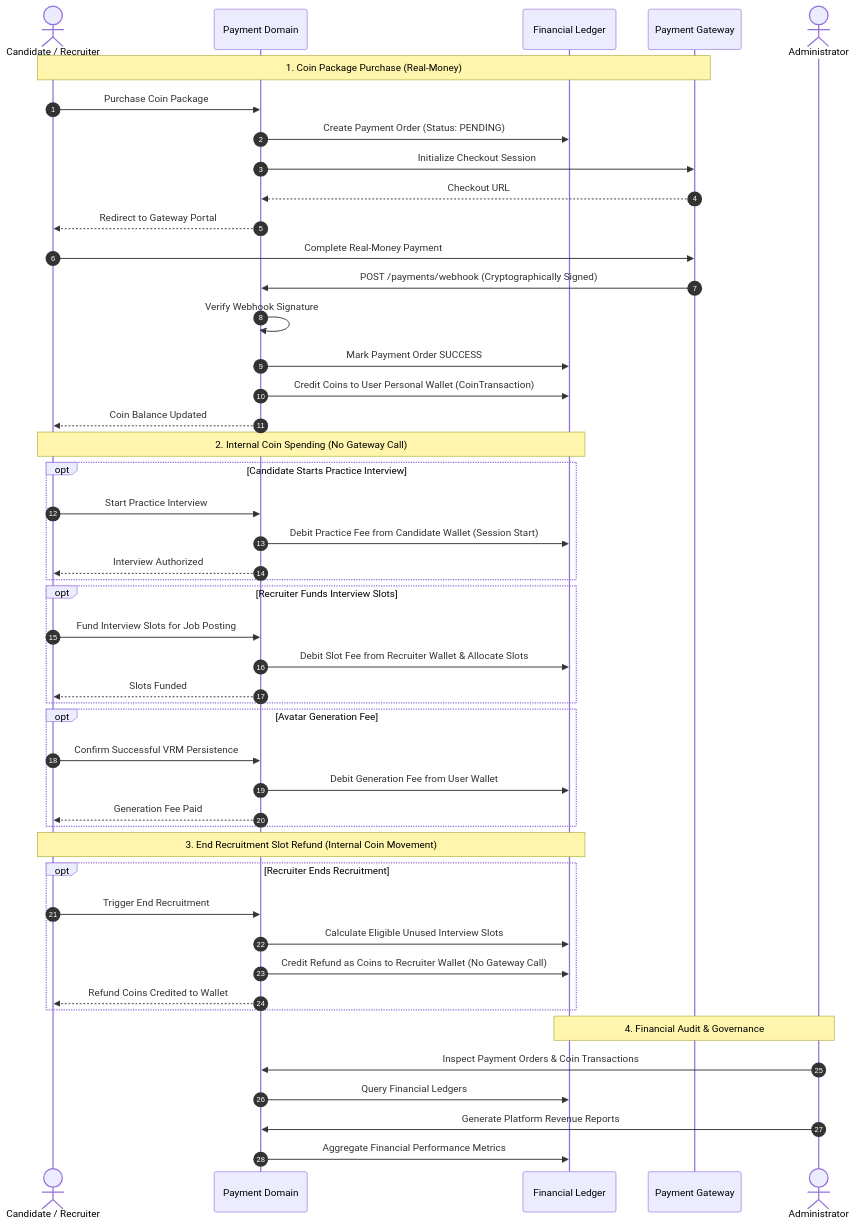
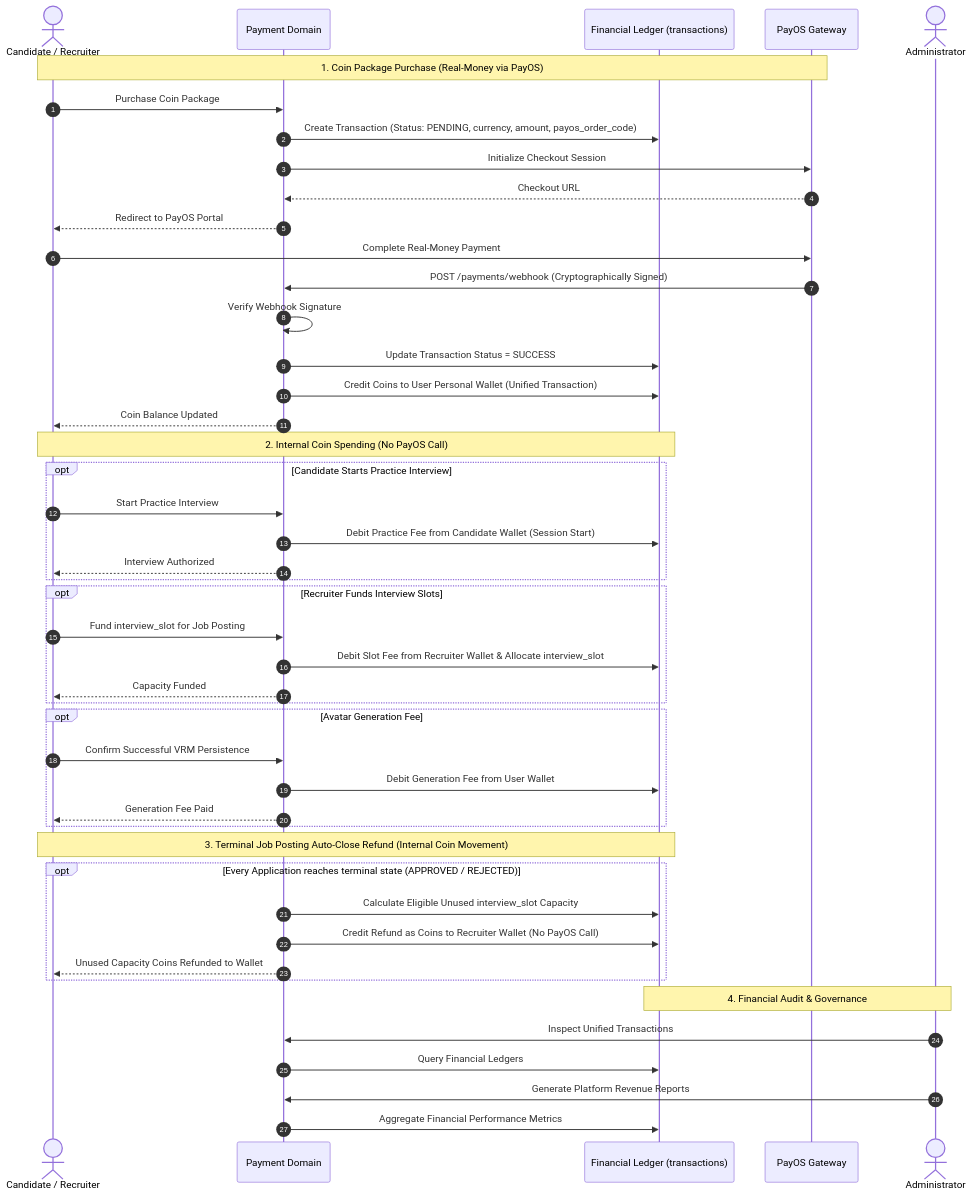
Before and after one commit to cog-forge/role-cue-brain: the diagram in 01_Domains/Payment/README.md, drawn with Mermaid. The commit also changed other lines of this file and 16 other files, not shown here.

````diff
--- a/01_Domains/Payment/README.md
+++ b/01_Domains/Payment/README.md
@@ -63,53 +70,52 @@
 ```mermaid
 sequenceDiagram
     autonumber
     actor User as Candidate / Recruiter
     participant Pay as Payment Domain
-    participant DB as Financial Ledger
-    participant Gateway as Payment Gateway
+    participant DB as Financial Ledger (transactions)
+    participant PayOS as PayOS Gateway
     actor Admin as Administrator
 
-    Note over User,Gateway: 1. Coin Package Purchase (Real-Money)
+    Note over User,PayOS: 1. Coin Package Purchase (Real-Money via PayOS)
     User->>Pay: Purchase Coin Package
-    Pay->>DB: Create Payment Order (Status: PENDING)
-    Pay->>Gateway: Initialize Checkout Session
-    Gateway-->>Pay: Checkout URL
-    Pay-->>User: Redirect to Gateway Portal
-    User->>Gateway: Complete Real-Money Payment
-    Gateway->>Pay: POST /payments/webhook (Cryptographically Signed)
+    Pay->>DB: Create Transaction (Status: PENDING, currency, amount, payos_order_code)
+    Pay->>PayOS: Initialize Checkout Session
+    PayOS-->>Pay: Checkout URL
+    Pay-->>User: Redirect to PayOS Portal
+    User->>PayOS: Complete Real-Money Payment
+    PayOS->>Pay: POST /payments/webhook (Cryptographically Signed)
     Pay->>Pay: Verify Webhook Signature
-    Pay->>DB: Mark Payment Order SUCCESS
-    Pay->>DB: Credit Coins to User Personal Wallet (CoinTransaction)
+    Pay->>DB: Update Transaction Status = SUCCESS
+    Pay->>DB: Credit Coins to User Personal Wallet (Unified Transaction)
     Pay-->>User: Coin Balance Updated
 
-    Note over User,DB: 2. Internal Coin Spending (No Gateway Call)
+    Note over User,DB: 2. Internal Coin Spending (No PayOS Call)
     opt Candidate Starts Practice Interview
         User->>Pay: Start Practice Interview
         Pay->>DB: Debit Practice Fee from Candidate Wallet (Session Start)
         Pay-->>User: Interview Authorized
     end
     opt Recruiter Funds Interview Slots
-        User->>Pay: Fund Interview Slots for Job Posting
-        Pay->>DB: Debit Slot Fee from Recruiter Wallet & Allocate Slots
-        Pay-->>User: Slots Funded
+        User->>Pay: Fund interview_slot for Job Posting
+        Pay->>DB: Debit Slot Fee from Recruiter Wallet & Allocate interview_slot
+        Pay-->>User: Capacity Funded
     end
     opt Avatar Generation Fee
         User->>Pay: Confirm Successful VRM Persistence
         Pay->>DB: Debit Generation Fee from User Wallet
         Pay-->>User: Generation Fee Paid
     end
 
-    Note over User,DB: 3. End Recruitment Slot Refund (Internal Coin Movement)
-    opt Recruiter Ends Recruitment
-        User->>Pay: Trigger End Recruitment
-        Pay->>DB: Calculate Eligible Unused Interview Slots
-        Pay->>DB: Credit Refund as Coins to Recruiter Wallet (No Gateway Call)
-        Pay-->>User: Refund Coins Credited to Wallet
+    Note over User,DB: 3. Terminal Job Posting Auto-Close Refund (Internal Coin Movement)
+    opt Every Application reaches terminal state (APPROVED / REJECTED)
+        Pay->>DB: Calculate Eligible Unused interview_slot Capacity
+        Pay->>DB: Credit Refund as Coins to Recruiter Wallet (No PayOS Call)
+        Pay-->>User: Unused Capacity Coins Refunded to Wallet
     end
 
     Note over Admin,DB: 4. Financial Audit & Governance
-    Admin->>Pay: Inspect Payment Orders & Coin Transactions
+    Admin->>Pay: Inspect Unified Transactions
     Pay->>DB: Query Financial Ledgers
     Admin->>Pay: Generate Platform Revenue Reports
     Pay->>DB: Aggregate Financial Performance Metrics
 ```
````
